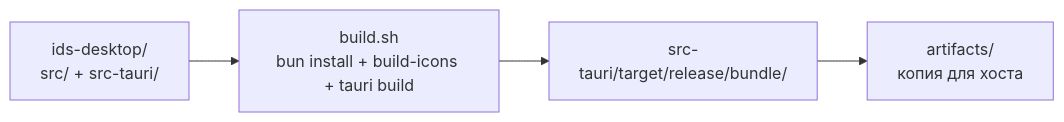
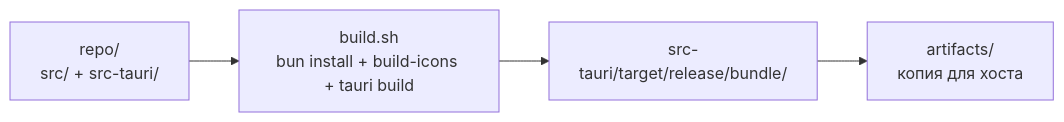
One commit to artamonovav/ids changed diagram 12 of 16 in ARCHITECTURE.md. Above: the diagram before and after it, drawn with Mermaid. The commit also changed other lines of this file and 92 other files, not shown here.

First line of the commit message:
refactor: ids-desktop перенесён в корень репозитория

````diff
--- a/ARCHITECTURE.md
+++ b/ARCHITECTURE.md
@@ -630,11 +630,11 @@
 ```mermaid
 graph LR
-    IDS_SRC[ids-desktop/<br/>src/ + src-tauri/]
+    IDS_SRC[repo/<br/>src/ + src-tauri/]
     BUILD_SH[build.sh<br/>bun install + build-icons + tauri build]
     TARG[src-tauri/target/release/bundle/]
     ART[artifacts/<br/>копия для хоста]
 
     IDS_SRC --> BUILD_SH
     BUILD_SH --> TARG
     TARG --> ART
 ```
````
